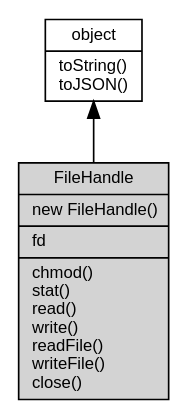
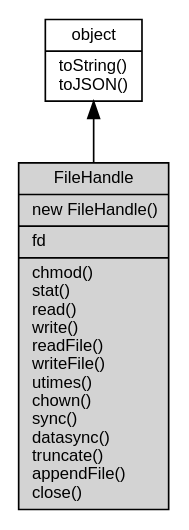
One commit to fibjs/fibjs.org changed the diagram in docs/manual/object/ifs/FileHandle.md. Above: the diagram before and after it, drawn with Graphviz. The commit also changed other lines of this file and 241 other files, not shown here.

````diff
--- a/docs/manual/object/ifs/FileHandle.md
+++ b/docs/manual/object/ifs/FileHandle.md
@@ -9,10 +104,10 @@
 ```dot
 digraph {
     node [fontname="Helvetica,sans-Serif", fontsize=10, shape="record", style="filled", fillcolor="white"];
 
     object [tooltip="object", URL="object.md", label="{object|toString()\ltoJSON()\l}"];
-    FileHandle [tooltip="FileHandle", fillcolor="lightgray", id="me", label="{FileHandle|new FileHandle()\l|fd\l|chmod()\lstat()\lread()\lwrite()\lreadFile()\lwriteFile()\lclose()\l}"];
+    FileHandle [tooltip="FileHandle", fillcolor="lightgray", id="me", label="{FileHandle|new FileHandle()\l|fd\l|chmod()\lstat()\lread()\lwrite()\lreadFile()\lwriteFile()\lutimes()\lchown()\lsync()\ldatasync()\ltruncate()\lappendFile()\lclose()\l}"];
 
     object -> FileHandle [dir=back];
 }
 ```
````
